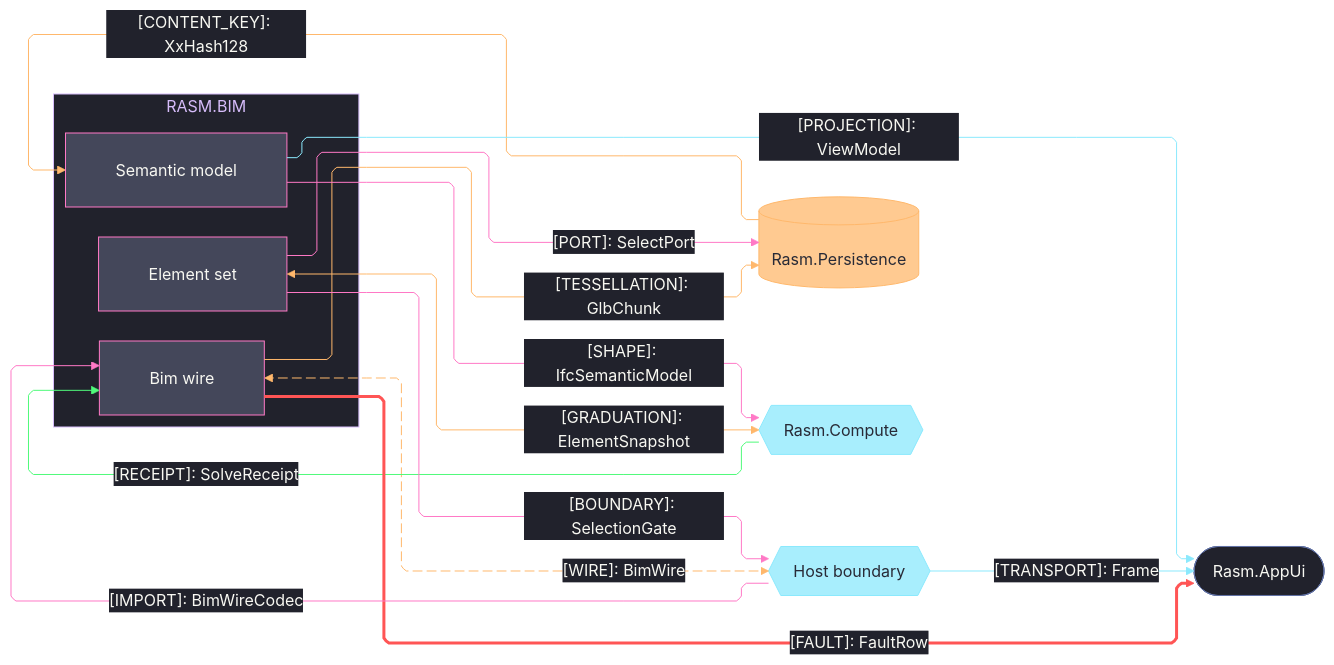
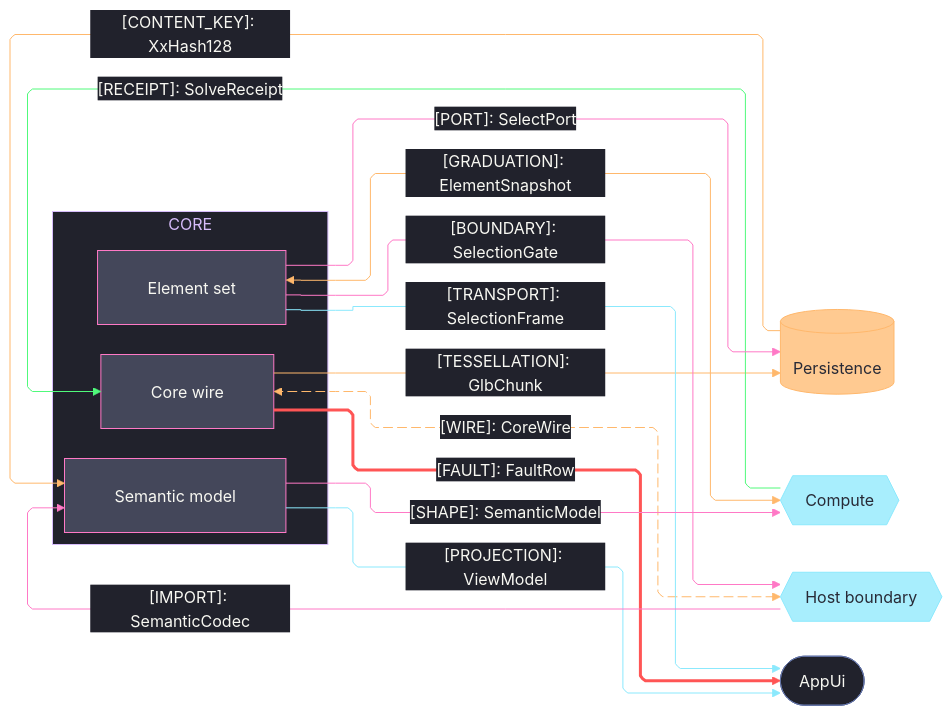
Before and after one commit to bsamiee/Rasm: the diagram in .claude/skills/mermaid-diagramming/templates/seam-graph.mmd.md, drawn with Mermaid. The commit also changed 134 other files, not shown here.

````diff
--- a/.claude/skills/mermaid-diagramming/templates/seam-graph.mmd.md
+++ b/.claude/skills/mermaid-diagramming/templates/seam-graph.mmd.md
@@ -11,71 +11,71 @@
 ```mermaid
 ---
 config:
   theme: base
   look: classic
   layout: elk
   flowchart:
     curve: linear
     padding: 25
   themeVariables:
     darkMode: true
     fontFamily: "SF Mono, Menlo, Cascadia Mono, Segoe UI Mono, Consolas, monospace"
     useGradient: false
     dropShadow: "none"
     background: "#282A36"
     primaryColor: "#44475A"
     primaryTextColor: "#F8F8F2"
     primaryBorderColor: "#BD93F9"
     lineColor: "#FF79C6"
     textColor: "#F8F8F2"
     clusterBkg: "#21222C"
     clusterBorder: "#D6BCFA"
     edgeLabelBackground: "#21222C"
     labelBackgroundColor: "#21222C"
     titleColor: "#D6BCFA"
   themeCSS: ".nodeLabel{font-size:13px;font-weight:500}.edgeLabel{font-size:12px;font-weight:500}.cluster-label .nodeLabel{font-size:13.5px;font-weight:700;letter-spacing:.08em}.edge-thickness-normal{stroke-width:2px}.edge-thickness-thick{stroke-width:3px}.edge-pattern-dashed,.edge-pattern-dotted{stroke-width:1.5px;stroke-dasharray:4 6}.node rect,.node circle,.node polygon,.node path,.node .outer-path{stroke-width:1.5px;filter:none!important}.cluster rect{stroke-width:1px!important;stroke-dasharray:5 4!important;filter:none!important}.marker path{transform:scale(.8);transform-origin:5px 5px}.marker circle{transform:scale(.48);transform-origin:5px 5px}.edgeLabel rect{transform-box:fill-box;transform-origin:center;transform:scale(1.1,1.2)}"
 ---
 flowchart LR
-    accTitle: Bim package seam registry
-    accDescr: Bim sub-domain owners exchanging kinded shapes with persistence, compute, the host boundary, and the app shell, edge rails colored by kind, nodes classed by seam direction, and the live host wire animated.
-    subgraph bim[RASM.BIM]
+    accTitle: Core package seam registry
+    accDescr: Core sub-domain owners exchanging kinded shapes with persistence, compute, the host boundary, and the app shell, edge rails colored by kind, nodes classed by seam direction, and the live host wire animated.
+    subgraph core[CORE]
         Semantic[Semantic model]
         ElementSet[Element set]
-        Wire[Bim wire]
+        Wire[Core wire]
     end
-    Persistence[(Rasm.Persistence)]
-    Compute{{Rasm.Compute}}
+    Persistence[(Persistence)]
+    Compute{{Compute}}
     Host{{Host boundary}}
-    AppUi([Rasm.AppUi])
+    AppUi([AppUi])
     Persistence e1@-->|"[CONTENT_KEY]: XxHash128"| Semantic
-    Wire e2@<-->|"[WIRE]: BimWire"| Host
+    Wire e2@<-->|"[WIRE]: CoreWire"| Host
     Wire e3@-->|"[TESSELLATION]: GlbChunk"| Persistence
     ElementSet e4@<-->|"[GRADUATION]: ElementSnapshot"| Compute
     Compute e5@-->|"[RECEIPT]: SolveReceipt"| Wire
     Wire e6@-->|"[FAULT]: FaultRow"| AppUi
     Semantic e7@-->|"[PROJECTION]: ViewModel"| AppUi
-    Host e8@-->|"[TRANSPORT]: Frame"| AppUi
+    ElementSet e8@-->|"[TRANSPORT]: SelectionFrame"| AppUi
     ElementSet e9@-->|"[PORT]: SelectPort"| Persistence
-    Semantic e10@-->|"[SHAPE]: IfcSemanticModel"| Compute
+    Semantic e10@-->|"[SHAPE]: SemanticModel"| Compute
     ElementSet e11@-->|"[BOUNDARY]: SelectionGate"| Host
-    Host e12@-->|"[IMPORT]: BimWireCodec"| Wire
+    Host e12@-->|"[IMPORT]: SemanticCodec"| Semantic
     e2@{ animate: true }
     classDef primary fill:#44475A,stroke:#FF79C6,color:#F8F8F2
     classDef external fill:#8BE9FDBF,stroke:#8BE9FD,color:#282A36
     classDef data fill:#FFB86CBF,stroke:#FFB86C,color:#282A36
     classDef recessed fill:#21222C,stroke:#6272A4,color:#F8F8F2
     classDef edgeData stroke:#FFB86C,color:#F8F8F2
     classDef edgeSuccess stroke:#50FA7B,color:#F8F8F2
     classDef edgeError stroke:#FF5555,stroke-width:3px,color:#F8F8F2
     classDef edgeExternal stroke:#8BE9FD,color:#F8F8F2
     classDef edgeControl stroke:#FF79C6,color:#F8F8F2
     class Semantic,ElementSet,Wire primary
     class Compute,Host external
     class Persistence data
     class AppUi recessed
     class e1,e2,e3,e4 edgeData
     class e5 edgeSuccess
     class e6 edgeError
     class e7,e8 edgeExternal
     class e9,e10,e11,e12 edgeControl
 ```
````
